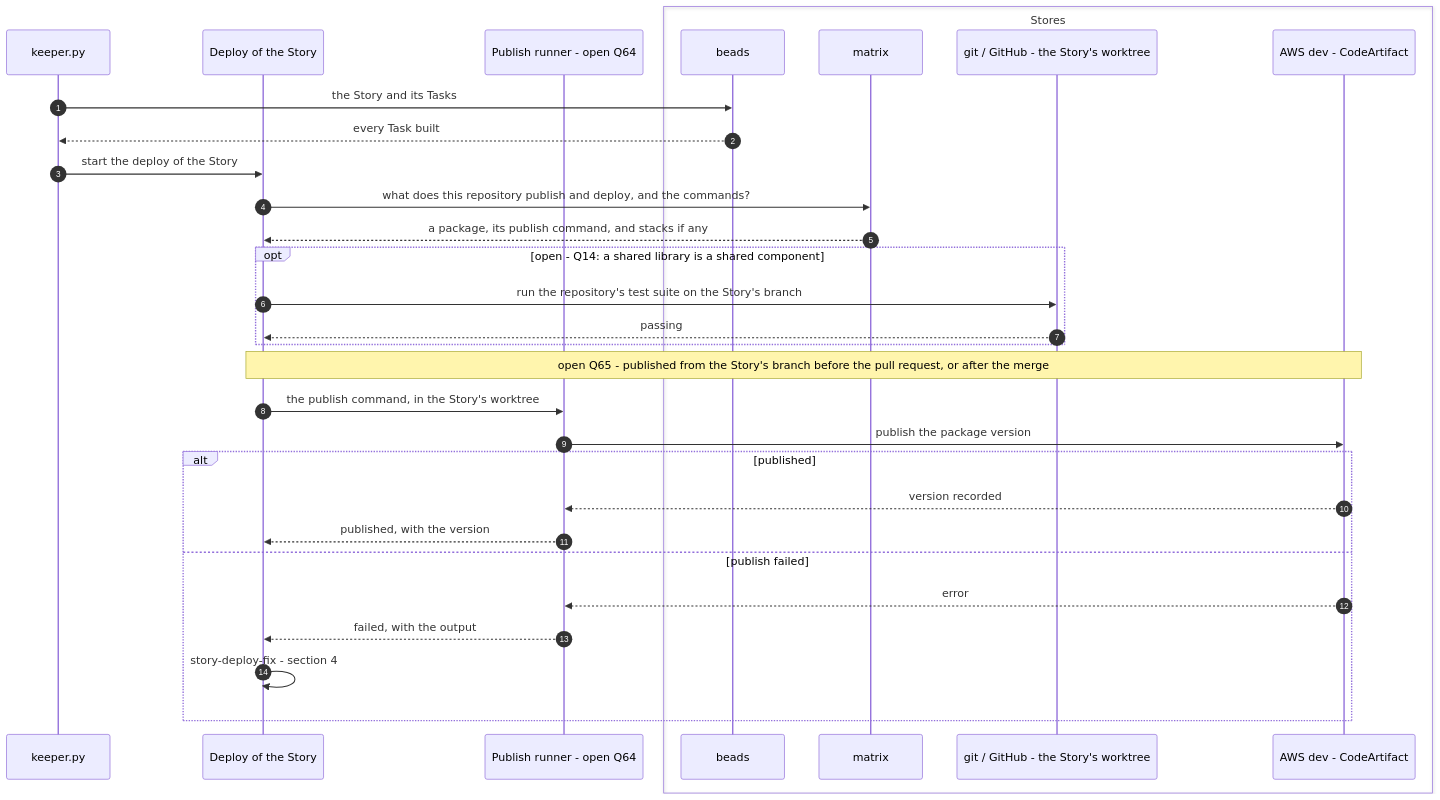
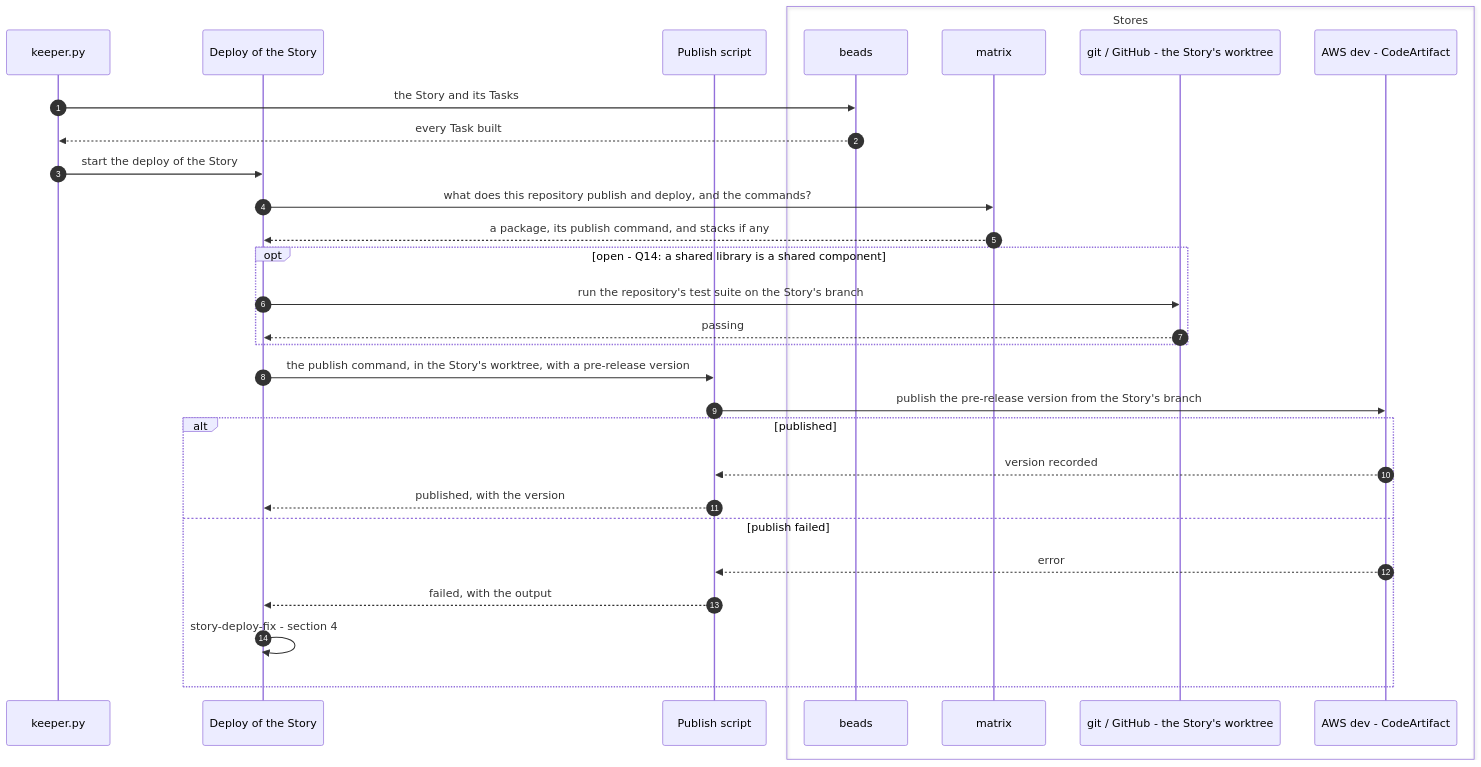
Before and after one commit to mark-satterfield/toolset: the second of 9 diagrams in plugins/agent-teams-workforce/blueprint/design/pipelines-deploy.md, drawn with Mermaid. The commit also changed other lines of this file and 2 other files, not shown here.

````diff
--- a/plugins/agent-teams-workforce/blueprint/design/pipelines-deploy.md
+++ b/plugins/agent-teams-workforce/blueprint/design/pipelines-deploy.md
@@ -131,34 +145,33 @@
 ```mermaid
 sequenceDiagram
     autonumber
     participant K as keeper.py
     participant DW as Deploy of the Story
-    participant RUN as Publish runner - open Q64
+    participant RUN as Publish script
     box Stores
         participant BD as beads
         participant MX as matrix
         participant G as git / GitHub - the Story's worktree
         participant AWS as AWS dev - CodeArtifact
     end
 
     K->>BD: the Story and its Tasks
     BD-->>K: every Task built
     K->>DW: start the deploy of the Story
     DW->>MX: what does this repository publish and deploy, and the commands?
     MX-->>DW: a package, its publish command, and stacks if any
     opt open - Q14: a shared library is a shared component
         DW->>G: run the repository's test suite on the Story's branch
         G-->>DW: passing
     end
-    Note over DW,AWS: open Q65 - published from the Story's branch before the pull request, or after the merge
-    DW->>RUN: the publish command, in the Story's worktree
-    RUN->>AWS: publish the package version
+    DW->>RUN: the publish command, in the Story's worktree, with a pre-release version
+    RUN->>AWS: publish the pre-release version from the Story's branch
     alt published
         AWS-->>RUN: version recorded
         RUN-->>DW: published, with the version
     else publish failed
         AWS-->>RUN: error
         RUN-->>DW: failed, with the output
         DW->>DW: story-deploy-fix - section 4
     end
 ```
````
